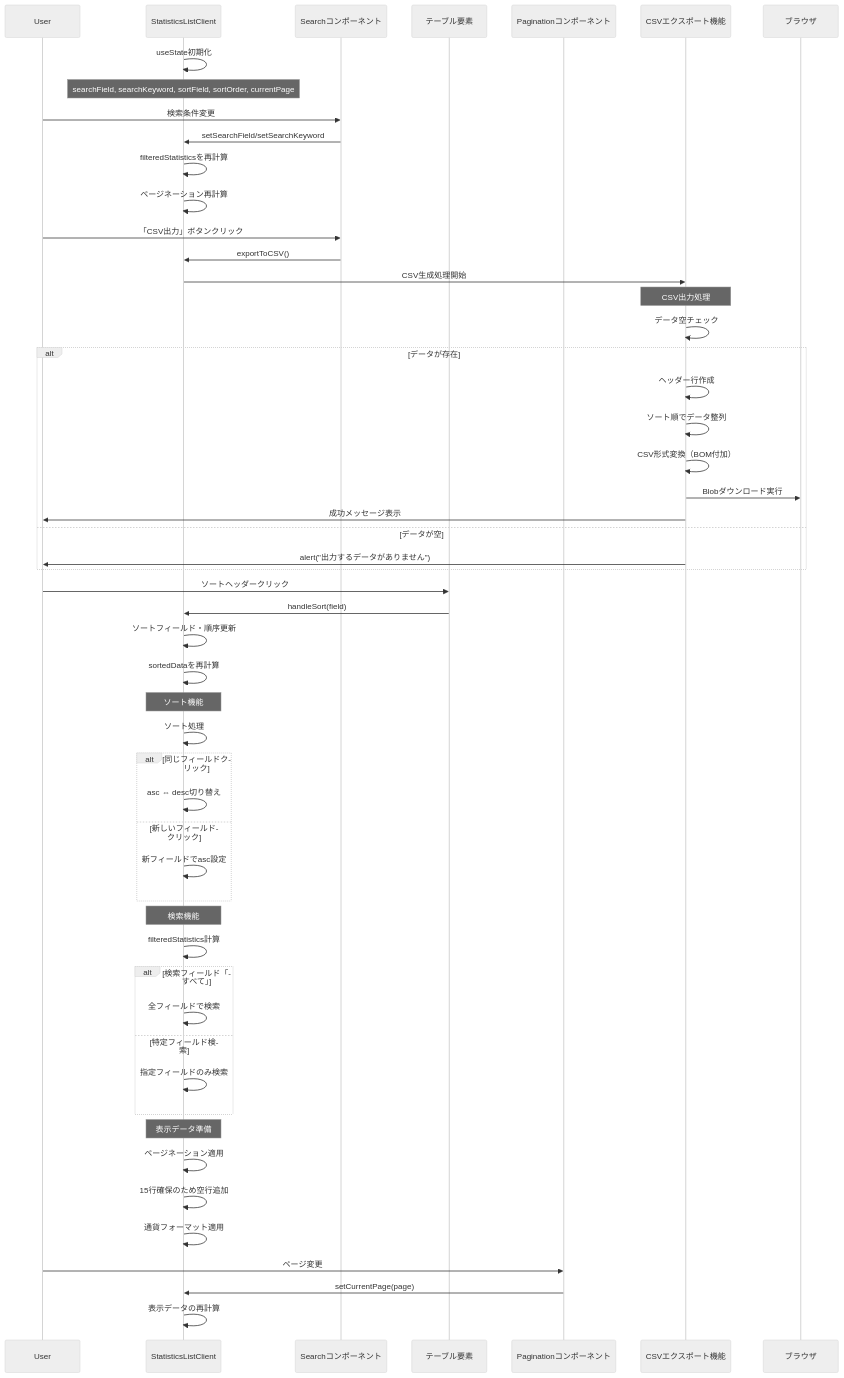
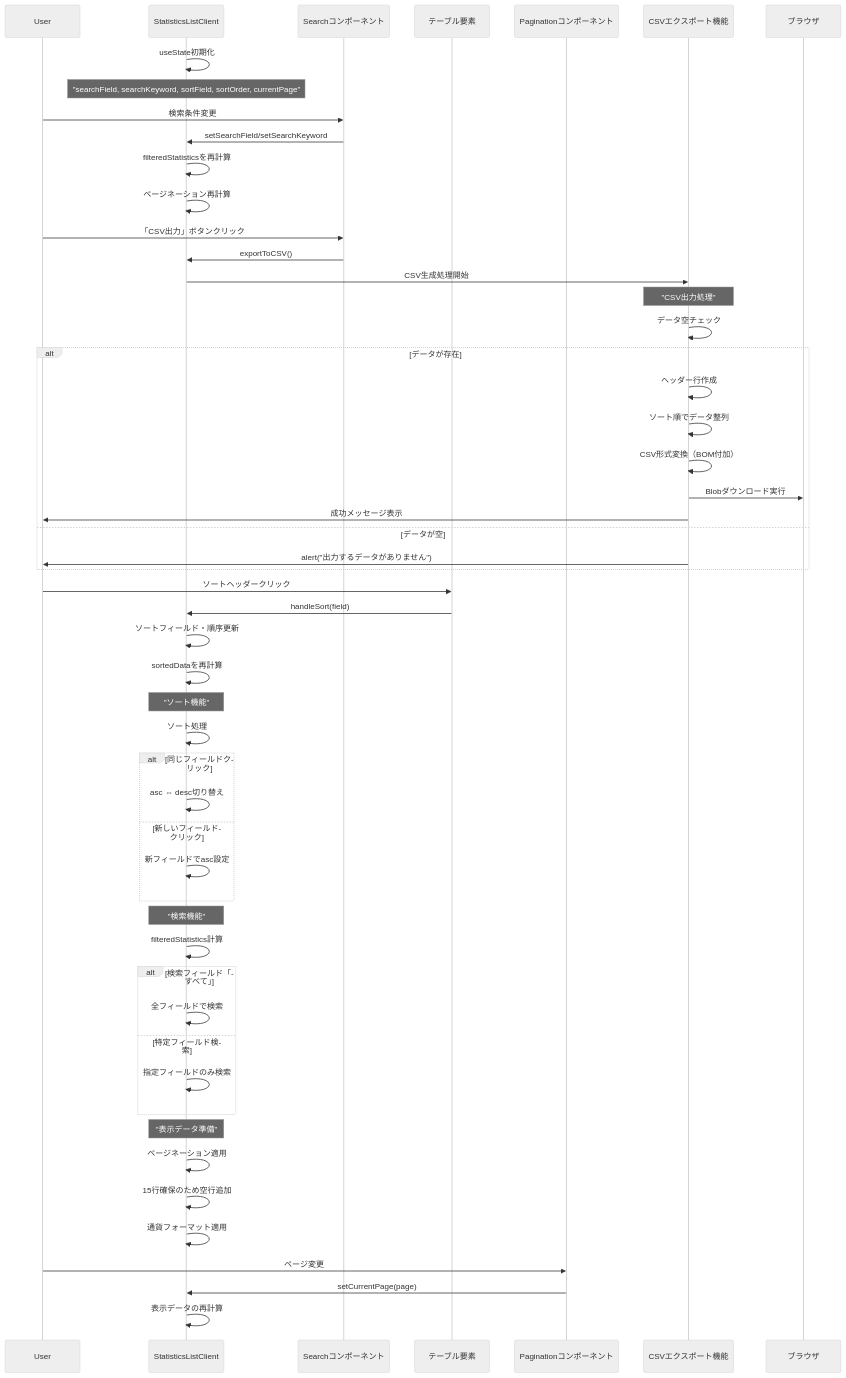
The diagram in document/components/sequence/StatisticsListClient.md (wasabi49/ocs-systemDevelopmentExercises), drawn with Mermaid (neutral theme) before and after one commit. The commit also changed 42 other files, not shown here.

First line of the commit message:
fix: mermaidシーケンス図のNote over文でダブルクォーテーション不足を修正

````diff
--- a/document/components/sequence/StatisticsListClient.md
+++ b/document/components/sequence/StatisticsListClient.md
@@ -3,64 +3,64 @@
 ```mermaid
 sequenceDiagram
     participant User
     participant Component as StatisticsListClient
     participant Search as Searchコンポーネント
     participant Table as テーブル要素
     participant Pagination as Paginationコンポーネント
     participant CSV as CSVエクスポート機能
     participant Browser as ブラウザ
 
     Component->>Component: useState初期化
-    Note over Component: searchField, searchKeyword, sortField, sortOrder, currentPage
+    Note over Component: "searchField, searchKeyword, sortField, sortOrder, currentPage"
 
     User->>Search: 検索条件変更
     Search->>Component: setSearchField/setSearchKeyword
     Component->>Component: filteredStatisticsを再計算
     Component->>Component: ページネーション再計算
 
     User->>Search: 「CSV出力」ボタンクリック
     Search->>Component: exportToCSV()
     Component->>CSV: CSV生成処理開始
 
-    Note over CSV: CSV出力処理
+    Note over CSV: "CSV出力処理"
     CSV->>CSV: データ空チェック
     alt データが存在
         CSV->>CSV: ヘッダー行作成
         CSV->>CSV: ソート順でデータ整列
         CSV->>CSV: CSV形式変換（BOM付加）
         CSV->>Browser: Blobダウンロード実行
         CSV->>User: 成功メッセージ表示
     else データが空
         CSV->>User: alert("出力するデータがありません")
     end
 
     User->>Table: ソートヘッダークリック
     Table->>Component: handleSort(field)
     Component->>Component: ソートフィールド・順序更新
     Component->>Component: sortedDataを再計算
 
-    Note over Component: ソート機能
+    Note over Component: "ソート機能"
     Component->>Component: ソート処理
     alt 同じフィールドクリック
         Component->>Component: asc ⇔ desc切り替え
     else 新しいフィールドクリック
         Component->>Component: 新フィールドでasc設定
     end
 
-    Note over Component: 検索機能
+    Note over Component: "検索機能"
     Component->>Component: filteredStatistics計算
     alt 検索フィールド「すべて」
         Component->>Component: 全フィールドで検索
     else 特定フィールド検索
         Component->>Component: 指定フィールドのみ検索
     end
 
-    Note over Component: 表示データ準備
+    Note over Component: "表示データ準備"
     Component->>Component: ページネーション適用
     Component->>Component: 15行確保のため空行追加
     Component->>Component: 通貨フォーマット適用
 
     User->>Pagination: ページ変更
     Pagination->>Component: setCurrentPage(page)
     Component->>Component: 表示データの再計算
 ```
````
